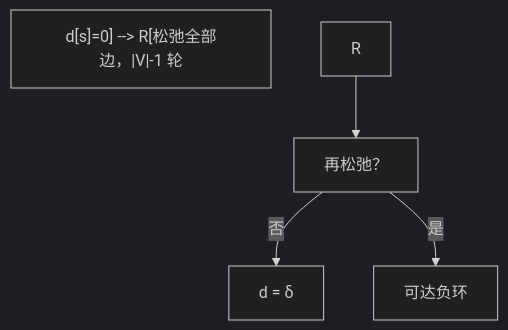
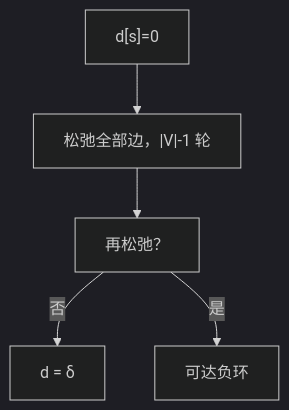
Before and after one commit to xhongduo-tech/xhongduo-tech.github.io: the first of 2 diagrams in docs/cs/bellman-ford.md, drawn with Mermaid (dark theme). The commit also changed other lines of this file and 5 other files, not shown here.

Commit message:
Content review cs-259: the median-of-medians exponent solves to about 0.84 per the Akra-Bazzi lesson, the odd-cycle witness is a non-tree edge, five stale next-lesson pointers match the current sequence, and the Bellman-Ford diagram recovers its closing quote.

````diff
--- a/docs/cs/bellman-ford.md
+++ b/docs/cs/bellman-ford.md
@@ -36,7 +36,7 @@
 ```mermaid
 flowchart TD
-  INIT["d[s]=0] --> R[松弛全部边，|V|-1 轮"]
+  INIT["d[s]=0"] --> R["松弛全部边，|V|-1 轮"]
   R --> TEST["再松弛？"]
   TEST -->|"否"| OK["d = δ"]
   TEST -->|"是"| NEG["可达负环"]
 ```
````
